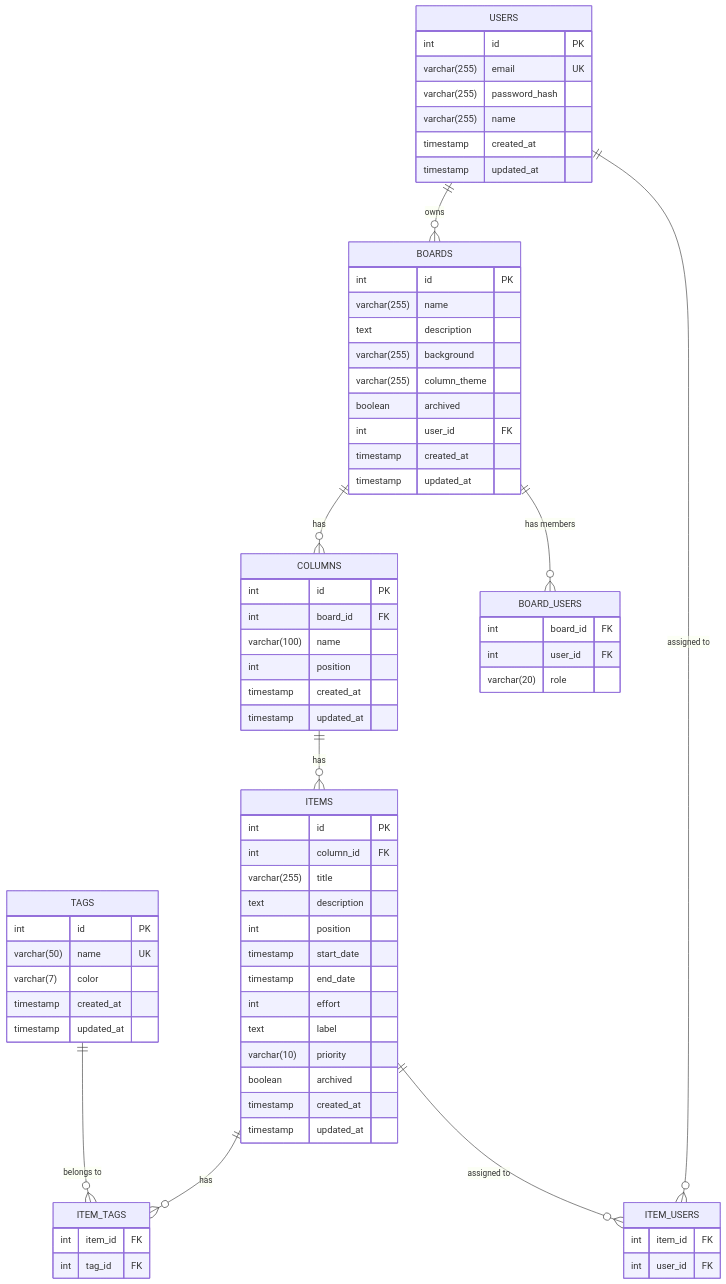
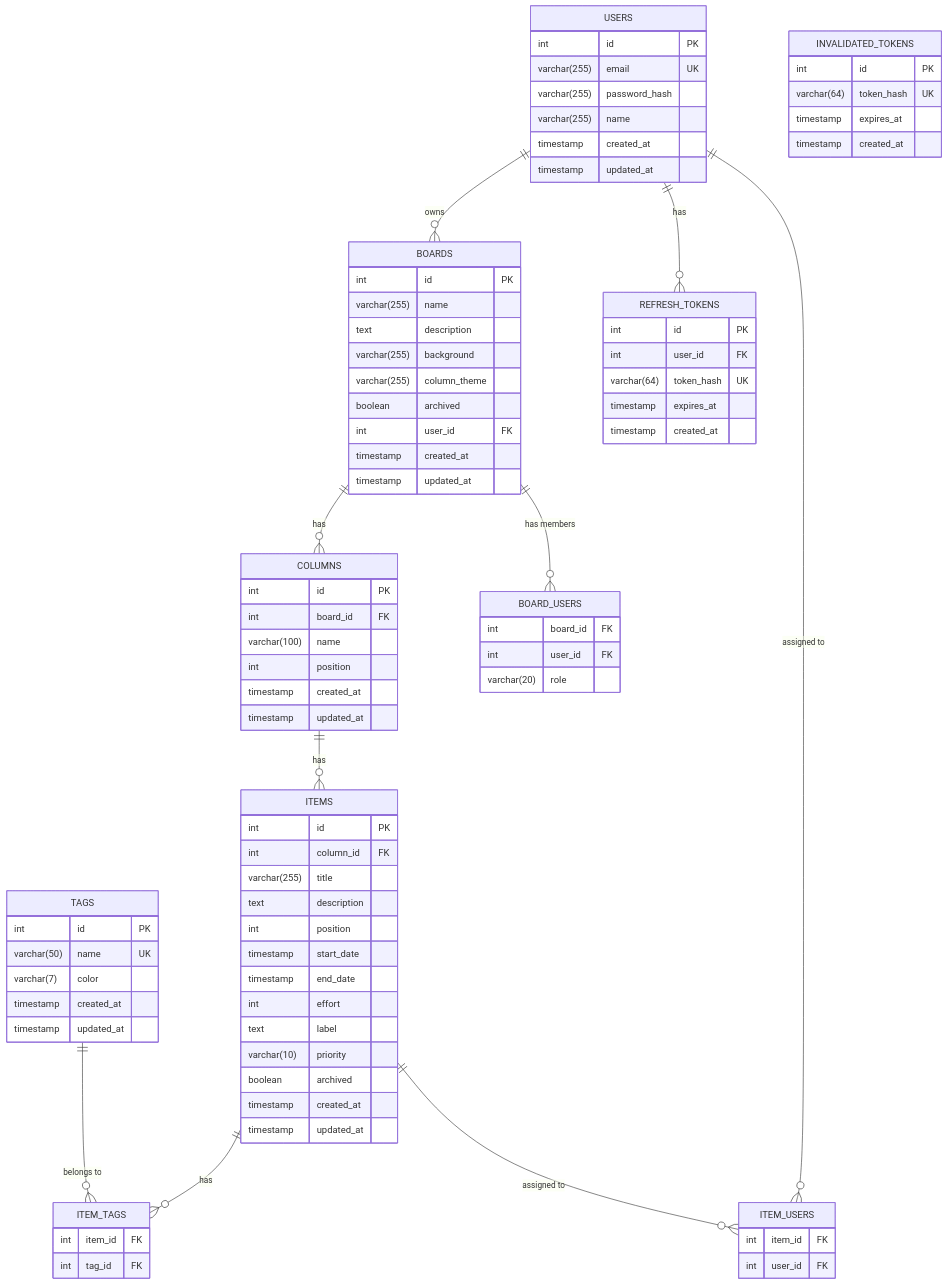
One commit to devdaviddr/taskmanager changed the diagram in erd.mermaid. Above: the diagram before and after it, drawn with Mermaid. The commit also changed 2 other files, not shown here.

Commit message:
feat: update README and diagrams to reflect JWT authentication, token refresh, and blacklisting features

```diff
--- a/erd.mermaid
+++ b/erd.mermaid
@@ -1,79 +1,95 @@
 erDiagram
     USERS ||--o{ BOARDS : "owns"
     USERS ||--o{ ITEM_USERS : "assigned to"
+    USERS ||--o{ REFRESH_TOKENS : "has"
     BOARDS ||--o{ COLUMNS : "has"
     BOARDS ||--o{ BOARD_USERS : "has members"
     COLUMNS ||--o{ ITEMS : "has"
     ITEMS ||--o{ ITEM_TAGS : "has"
     ITEMS ||--o{ ITEM_USERS : "assigned to"
     TAGS ||--o{ ITEM_TAGS : "belongs to"
 
     USERS {
         int id PK
         varchar(255) email UK
         varchar(255) password_hash
         varchar(255) name
         timestamp created_at
         timestamp updated_at
+    }
+
+    REFRESH_TOKENS {
+        int id PK
+        int user_id FK
+        varchar(64) token_hash UK
+        timestamp expires_at
+        timestamp created_at
+    }
+
+    INVALIDATED_TOKENS {
+        int id PK
+        varchar(64) token_hash UK
+        timestamp expires_at
+        timestamp created_at
     }
 
     BOARDS {
         int id PK
         varchar(255) name
         text description
         varchar(255) background
         varchar(255) column_theme
         boolean archived
         int user_id FK
         timestamp created_at
         timestamp updated_at
     }
 
     COLUMNS {
         int id PK
         int board_id FK
         varchar(100) name
         int position
         timestamp created_at
         timestamp updated_at
     }
 
     ITEMS {
         int id PK
         int column_id FK
         varchar(255) title
         text description
         int position
         timestamp start_date
         timestamp end_date
         int effort
         text label
         varchar(10) priority
         boolean archived
         timestamp created_at
         timestamp updated_at
     }
 
     TAGS {
         int id PK
         varchar(50) name UK
         varchar(7) color
         timestamp created_at
         timestamp updated_at
     }
 
     ITEM_TAGS {
         int item_id FK
         int tag_id FK
     }
 
     ITEM_USERS {
         int item_id FK
         int user_id FK
     }
 
     BOARD_USERS {
         int board_id FK
         int user_id FK
         varchar(20) role
     }
```
